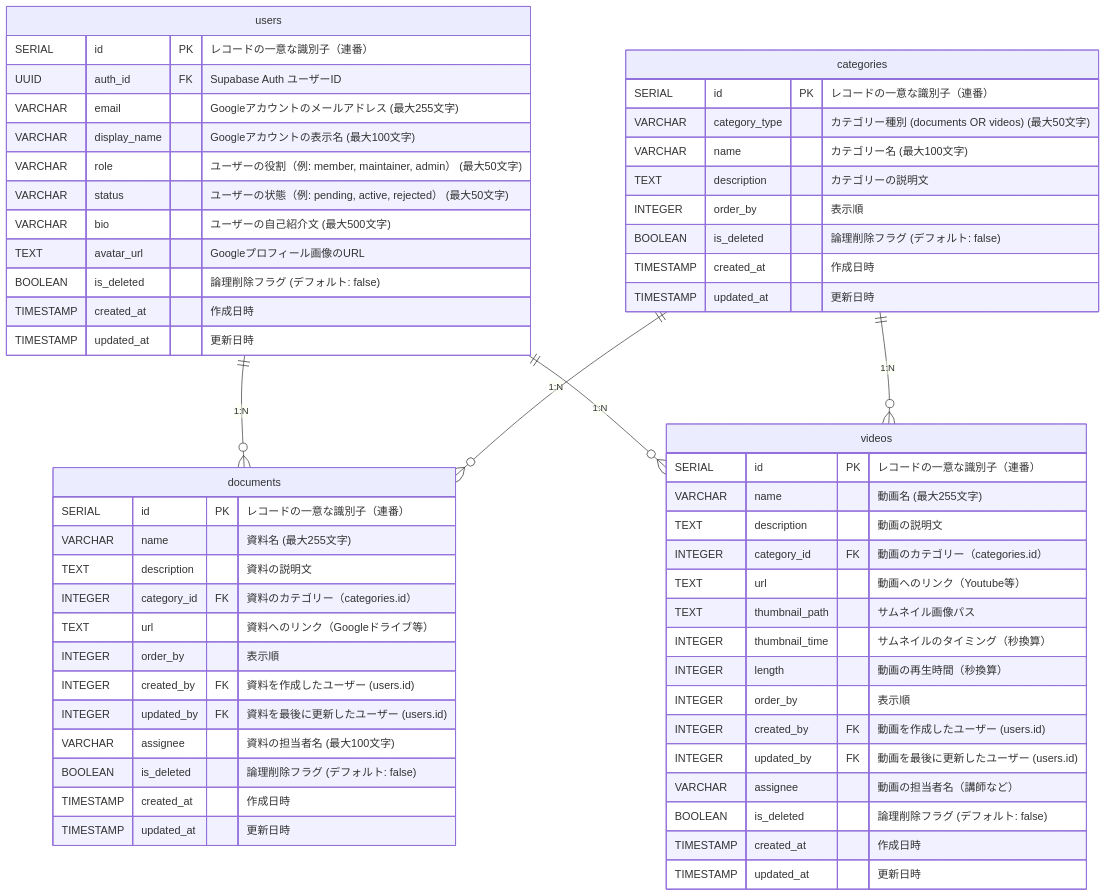
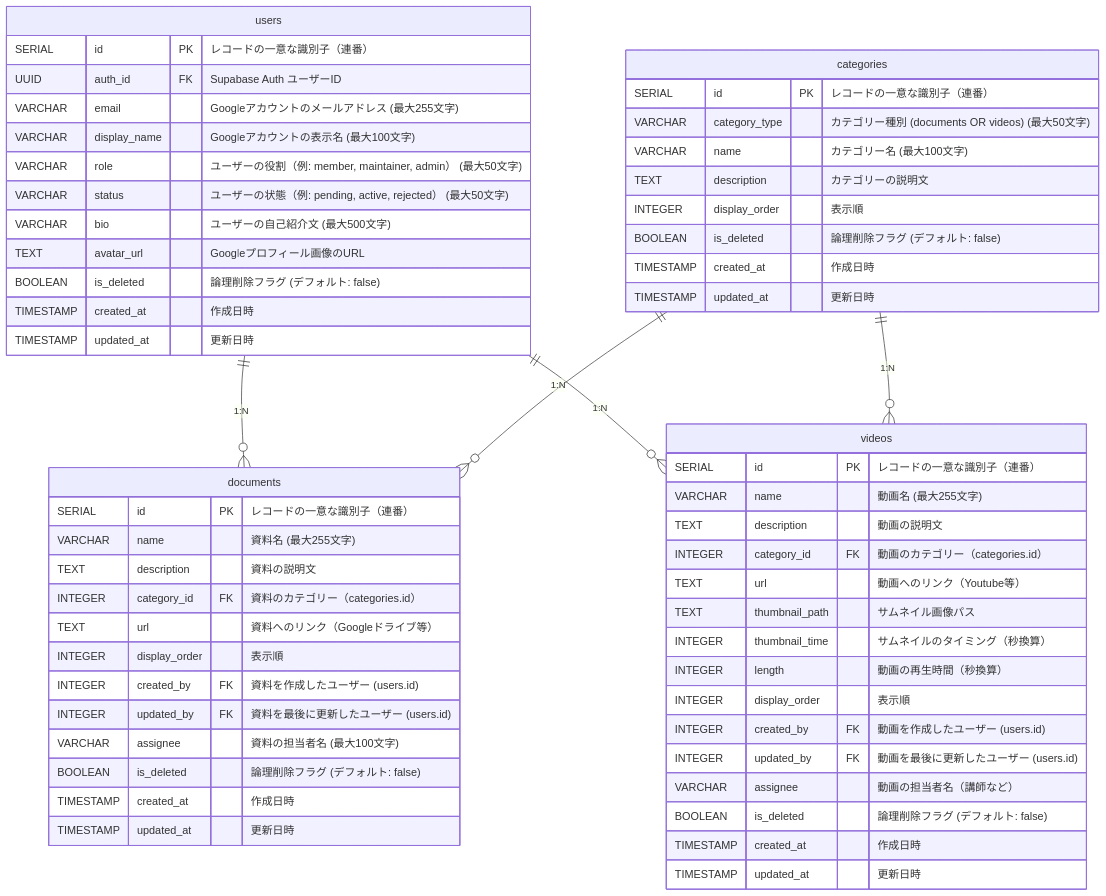
The diagram in docs/database.md (Singuralitylabs/portal-site), drawn with Mermaid before and after one commit. The commit also changed other lines of this file and 3 other files, not shown here.

````diff
--- a/docs/database.md
+++ b/docs/database.md
@@ -105,65 +105,65 @@
 ```mermaid
 erDiagram
     users {
         SERIAL id PK "レコードの一意な識別子（連番）"
         UUID auth_id FK "Supabase Auth ユーザーID"
         VARCHAR email "Googleアカウントのメールアドレス (最大255文字)"
         VARCHAR display_name "Googleアカウントの表示名 (最大100文字)"
         VARCHAR role "ユーザーの役割（例: member, maintainer, admin） (最大50文字)"
         VARCHAR status "ユーザーの状態（例: pending, active, rejected） (最大50文字)"
         VARCHAR bio "ユーザーの自己紹介文 (最大500文字)"
         TEXT avatar_url "Googleプロフィール画像のURL"
         BOOLEAN is_deleted "論理削除フラグ (デフォルト: false)"
         TIMESTAMP created_at "作成日時"
         TIMESTAMP updated_at "更新日時"
     }
 
     documents {
         SERIAL id PK "レコードの一意な識別子（連番）"
         VARCHAR name "資料名 (最大255文字)"
         TEXT description "資料の説明文"
         INTEGER category_id FK "資料のカテゴリー（categories.id）"
         TEXT url "資料へのリンク（Googleドライブ等）"
-        INTEGER order_by "表示順"
+        INTEGER display_order "表示順"
         INTEGER created_by FK "資料を作成したユーザー (users.id)"
         INTEGER updated_by FK "資料を最後に更新したユーザー (users.id)"
         VARCHAR assignee "資料の担当者名 (最大100文字)"
         BOOLEAN is_deleted "論理削除フラグ (デフォルト: false)"
         TIMESTAMP created_at "作成日時"
         TIMESTAMP updated_at "更新日時"
     }
 
     videos {
         SERIAL id PK "レコードの一意な識別子（連番）"
         VARCHAR name "動画名 (最大255文字)"
         TEXT description "動画の説明文"
         INTEGER category_id FK "動画のカテゴリー（categories.id）"
         TEXT url "動画へのリンク（Youtube等）"
         TEXT thumbnail_path "サムネイル画像パス"
         INTEGER thumbnail_time "サムネイルのタイミング（秒換算）"
         INTEGER length "動画の再生時間（秒換算）"
-        INTEGER order_by "表示順"
+        INTEGER display_order "表示順"
         INTEGER created_by FK "動画を作成したユーザー (users.id)"
         INTEGER updated_by FK "動画を最後に更新したユーザー (users.id)"
         VARCHAR assignee "動画の担当者名（講師など）"
         BOOLEAN is_deleted "論理削除フラグ (デフォルト: false)"
         TIMESTAMP created_at "作成日時"
         TIMESTAMP updated_at "更新日時"
     }
 
     categories {
         SERIAL id PK "レコードの一意な識別子（連番）"
         VARCHAR category_type "カテゴリー種別 (documents OR videos) (最大50文字)"
         VARCHAR name "カテゴリー名 (最大100文字)"
         TEXT description "カテゴリーの説明文"
-        INTEGER order_by "表示順"
+        INTEGER display_order "表示順"
         BOOLEAN is_deleted "論理削除フラグ (デフォルト: false)"
         TIMESTAMP created_at "作成日時"
         TIMESTAMP updated_at "更新日時"
     }
 
     users ||--o{ documents : "1:N"
     users ||--o{ videos : "1:N"
     categories ||--o{ documents : "1:N"
     categories ||--o{ videos : "1:N"
 ```
````
